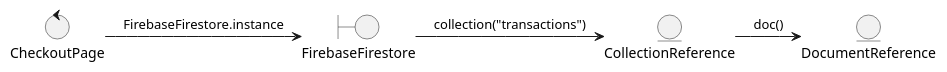
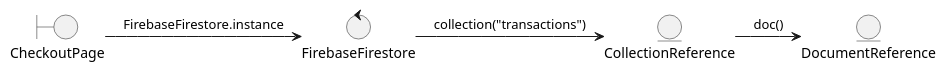
The diagram in trx_colab.puml (stnDinus/skpl_apbo_diagrams), drawn with PlantUML before and after one commit. The commit also changed 8 other files, not shown here.

```diff
--- a/trx_colab.puml
+++ b/trx_colab.puml
@@ -1,11 +1,11 @@
 @startuml
-control CheckoutPage
-boundary FirebaseFirestore
+boundary CheckoutPage
+control FirebaseFirestore
 entity CollectionReference
 entity DocumentReference
 
 (CheckoutPage) -> (FirebaseFirestore): FirebaseFirestore.instance
 (FirebaseFirestore) -> (CollectionReference): collection("transactions")
 (CollectionReference) -> (DocumentReference): doc()
 
 @enduml
```
